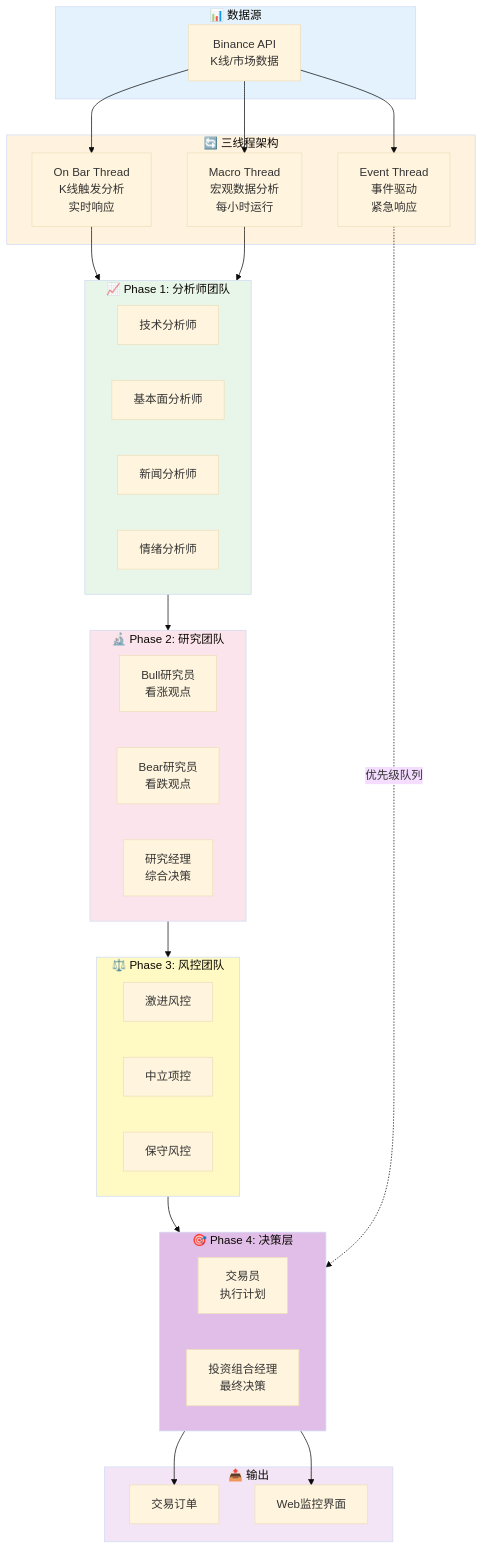
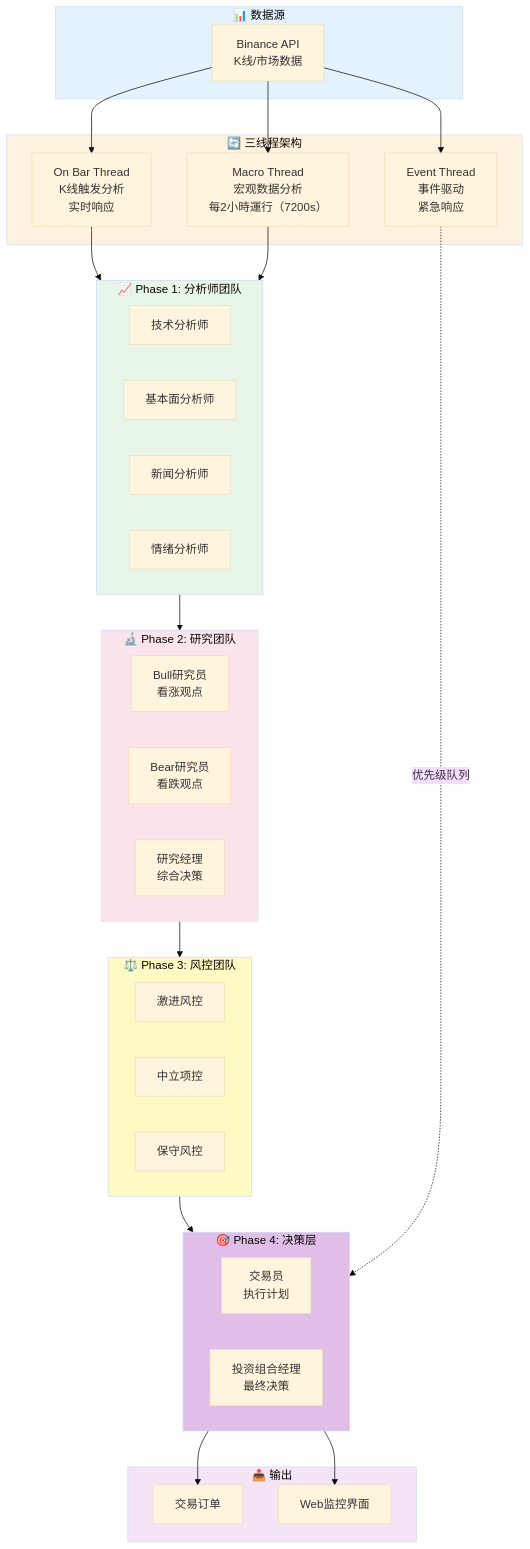
Before and after one commit to dimx9173/vibe-trading-encyc: the diagram in docs/guide/quick-start.md, drawn with Mermaid (base theme). The commit also changed other lines of this file and 10 other files, not shown here.

````diff
--- a/docs/guide/quick-start.md
+++ b/docs/guide/quick-start.md
@@ -13,65 +13,65 @@
 ```mermaid
 flowchart TB
     subgraph Data["📊 数据源"]
         Binance[Binance API<br/>K线/市场数据]
     end
 
     subgraph Threads["🔄 三线程架构"]
-        Macro[Macro Thread<br/>宏观数据分析<br/>每小时运行]
+        Macro[Macro Thread<br/>宏观数据分析<br/>每2小時運行（7200s）]
         OnBar[On Bar Thread<br/>K线触发分析<br/>实时响应]
         Event[Event Thread<br/>事件驱动<br/>紧急响应]
     end
 
     subgraph Phase1["📈 Phase 1: 分析师团队"]
         Tech[技术分析师]
         Fund[基本面分析师]
         News[新闻分析师]
         Sent[情绪分析师]
     end
 
     subgraph Phase2["🔬 Phase 2: 研究团队"]
         Bull[Bull研究员<br/>看涨观点]
         Bear[Bear研究员<br/>看跌观点]
         RM[研究经理<br/>综合决策]
     end
 
     subgraph Phase3["⚖️ Phase 3: 风控团队"]
         Agg[激进风控]
         Neu[中立项控]
         Cons[保守风控]
     end
 
     subgraph Phase4["🎯 Phase 4: 决策层"]
         Trader[交易员<br/>执行计划]
         PM[投资组合经理<br/>最终决策]
     end
 
     subgraph Output["📤 输出"]
         Order[交易订单]
         Web[Web监控界面]
     end
 
     Binance --> Macro
     Binance --> OnBar
     Binance --> Event
 
     OnBar --> Phase1
     Macro --> Phase1
 
     Phase1 --> Phase2
     Phase2 --> Phase3
     Phase3 --> Phase4
 
     Phase4 --> Order
     Phase4 --> Web
 
     Event -.->|优先级队列| Phase4
 
     style Data fill:#e3f2fd
     style Threads fill:#fff3e0
     style Phase1 fill:#e8f5e9
     style Phase2 fill:#fce4ec
     style Phase3 fill:#fff9c4
     style Phase4 fill:#e1bee7
     style Output fill:#f3e5f5
 ```
````
